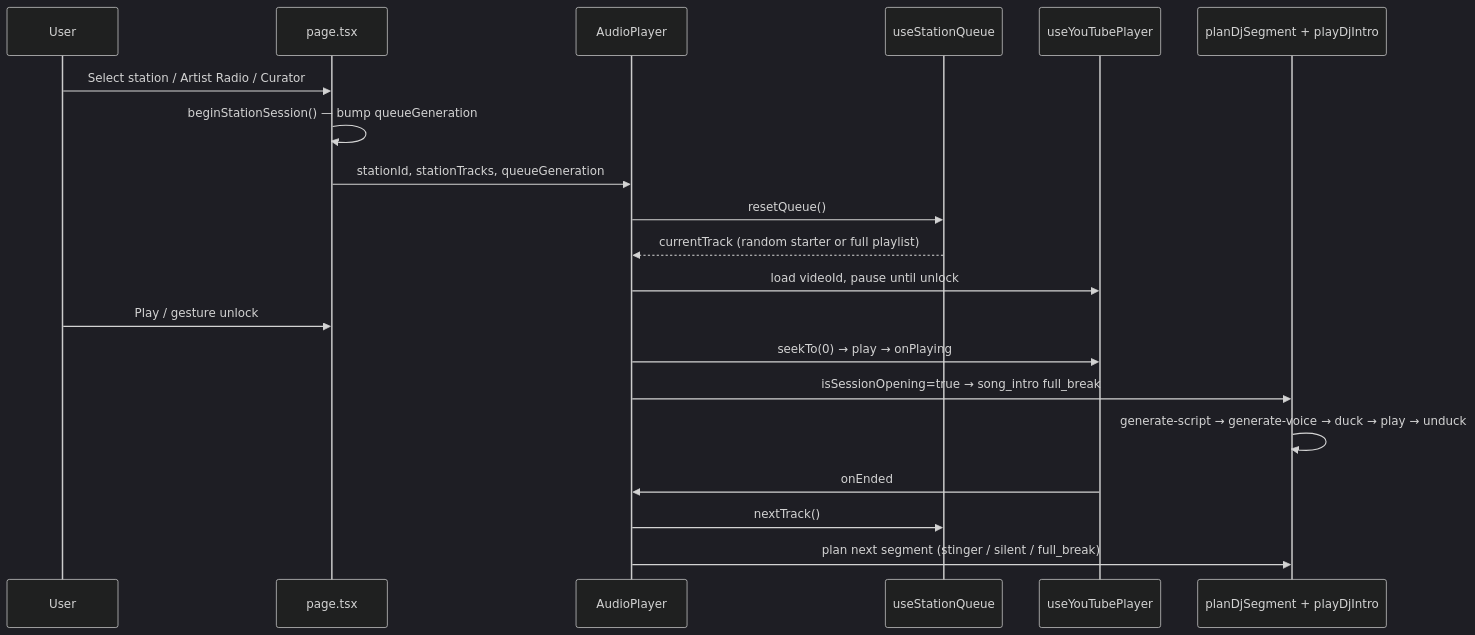
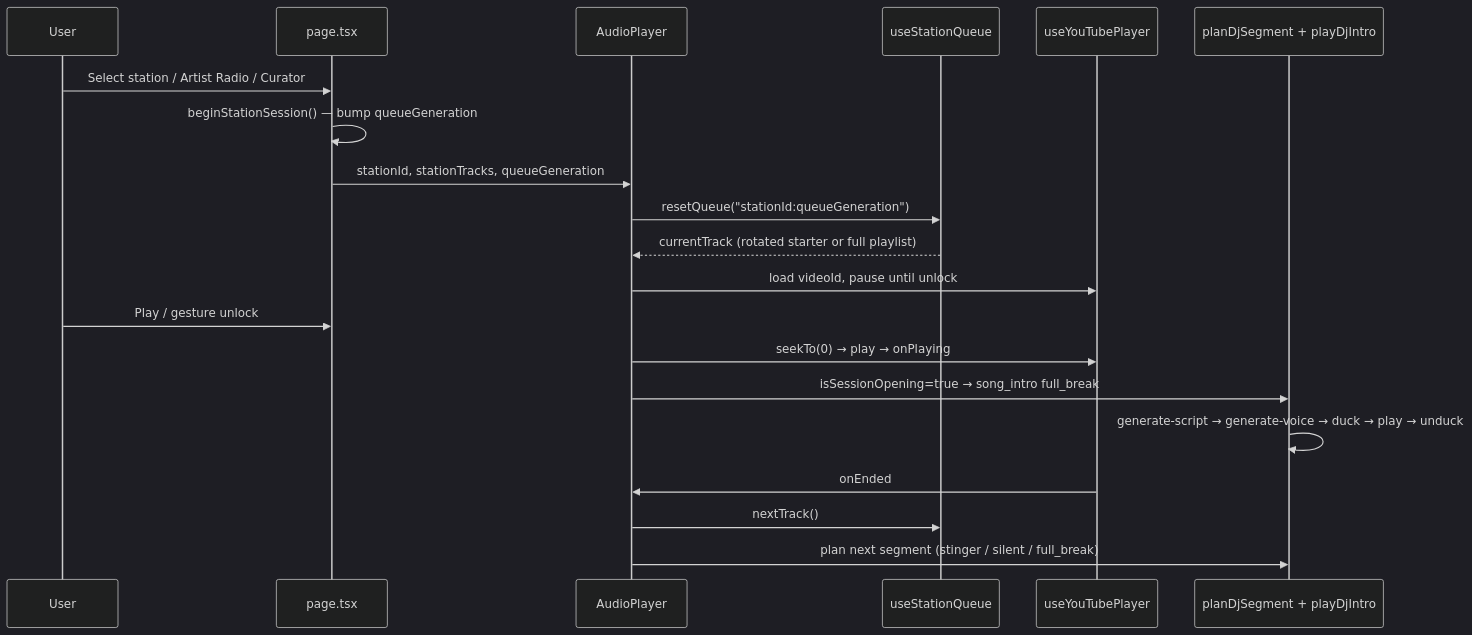
The second of 3 diagrams in docs/ARCHITECTURE.md (SongGhost/SongGhost), drawn with Mermaid (dark theme) before and after one commit. The commit also changed other lines of this file and 53 other files, not shown here.

````diff
--- a/docs/ARCHITECTURE.md
+++ b/docs/ARCHITECTURE.md
@@ -194,23 +195,23 @@
 ```mermaid
 sequenceDiagram
   participant User
   participant Page as page.tsx
   participant AP as AudioPlayer
   participant Q as useStationQueue
   participant YT as useYouTubePlayer
   participant DJ as planDjSegment + playDjIntro
 
   User->>Page: Select station / Artist Radio / Curator
   Page->>Page: beginStationSession() — bump queueGeneration
   Page->>AP: stationId, stationTracks, queueGeneration
-  AP->>Q: resetQueue()
-  Q-->>AP: currentTrack (random starter or full playlist)
+  AP->>Q: resetQueue("stationId:queueGeneration")
+  Q-->>AP: currentTrack (rotated starter or full playlist)
   AP->>YT: load videoId, pause until unlock
   User->>Page: Play / gesture unlock
   AP->>YT: seekTo(0) → play → onPlaying
   AP->>DJ: isSessionOpening=true → song_intro full_break
   DJ->>DJ: generate-script → generate-voice → duck → play → unduck
   YT->>AP: onEnded
   AP->>Q: nextTrack()
   AP->>DJ: plan next segment (stinger / silent / full_break)
 ```
````
